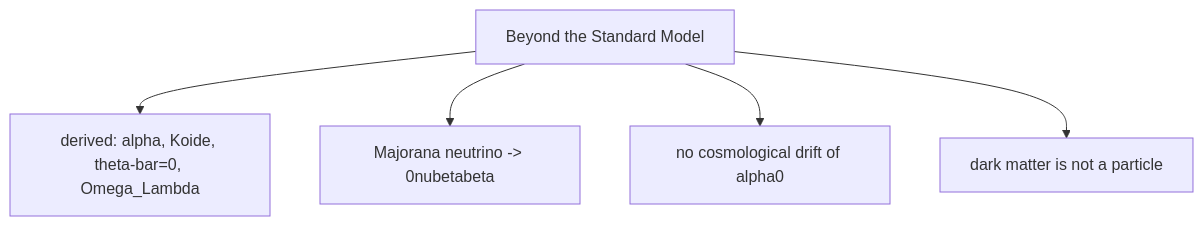
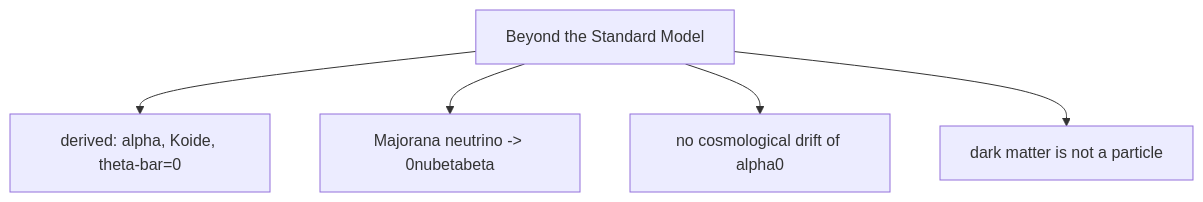
Diagram 11 of 13 in tools/flowchart_source.md (rchain-community/quantum-logical-framework), drawn with Mermaid before and after one commit. The commit also changed other lines of this file and 6 other files, not shown here.

First line of the commit message:
Conservative sweep of the Omega_Lambda = log 2 headline: an observed match, not derived

````diff
--- a/tools/flowchart_source.md
+++ b/tools/flowchart_source.md
@@ -304,8 +304,8 @@
 ```mermaid
 flowchart TD
   B["Beyond the Standard Model"]
-  B --> D1["derived: alpha, Koide, theta-bar=0, Omega_Lambda"]
+  B --> D1["derived: alpha, Koide, theta-bar=0"]
   B --> P1["Majorana neutrino -> 0nubetabeta"]
   B --> P2["no cosmological drift of alpha0"]
   B --> P3["dark matter is not a particle"]
 ```
````
